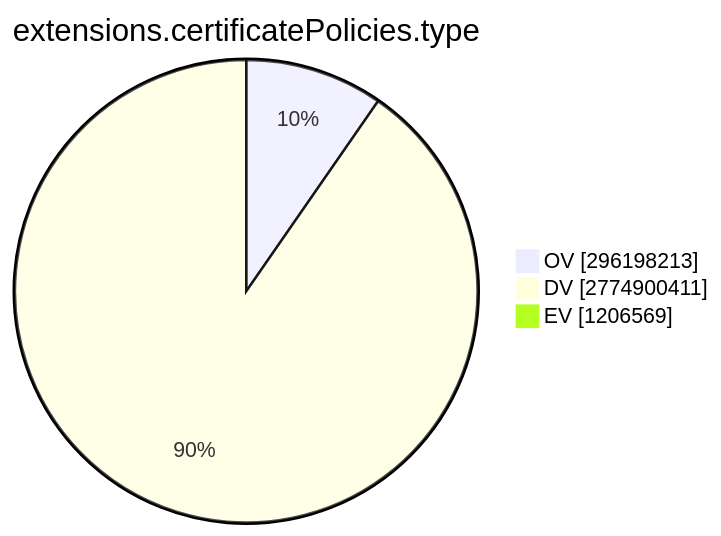
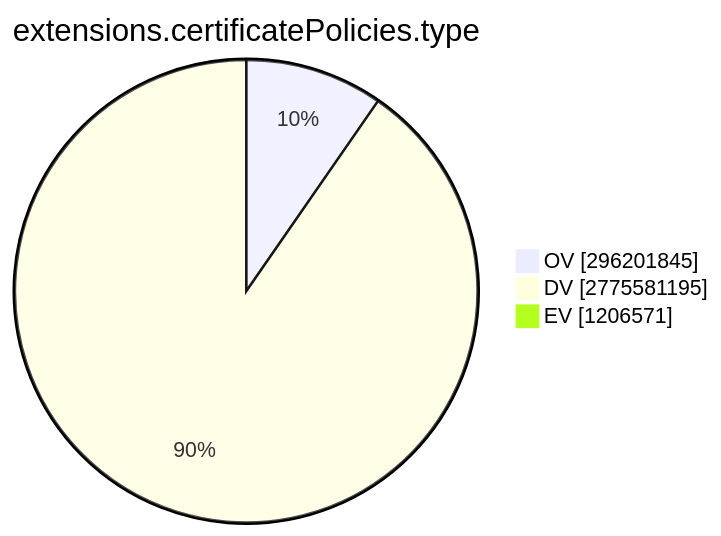
One commit to christiankrug/ctmonitor_visualization changed the ninth of 15 diagrams in TOTAL/README.md. Above: the diagram before and after it, drawn with Mermaid. The commit also changed other lines of this file, not shown here.

````diff
--- a/TOTAL/README.md
+++ b/TOTAL/README.md
@@ -3099,7 +3099,7 @@
 ```mermaid
 pie showData
 title extensions.certificatePolicies.type
-"OV" :296198213
-"DV" :2774900411
-"EV" :1206569
+"OV" :296201845
+"DV" :2775581195
+"EV" :1206571
 ```
````
